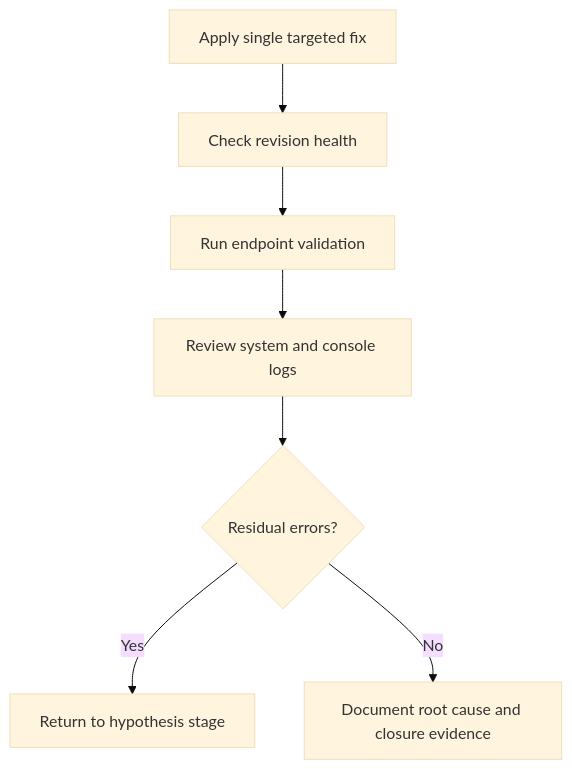
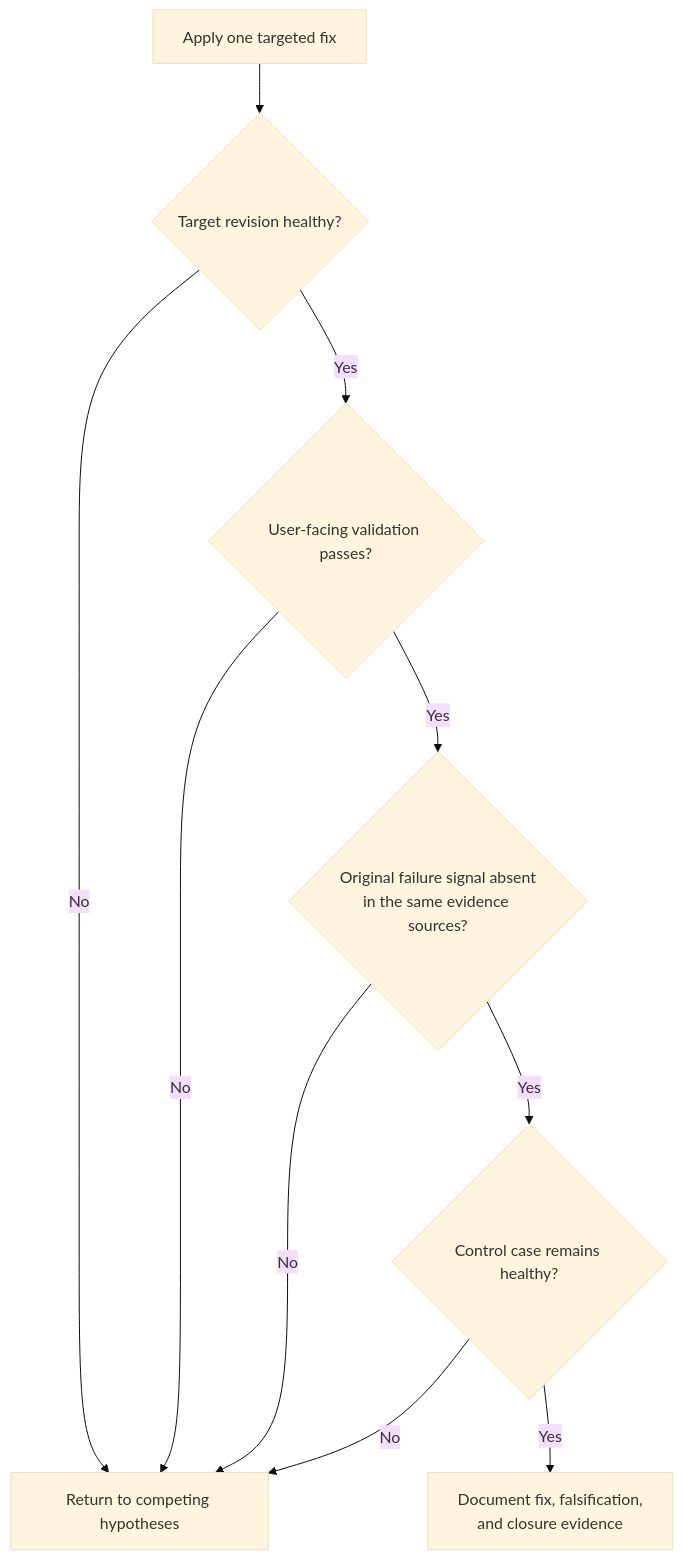
Before and after one commit to yeongseon/azure-container-apps-practical-guide: the second of 2 diagrams in docs/troubleshooting/methodology/index.md, drawn with Mermaid (base theme). The commit also changed other lines of this file and 13 other files, not shown here.

Commit message:
docs(diagrams): migrate the Container Apps troubleshooting overview diagrams (#616)

````diff
--- a/docs/troubleshooting/methodology/index.md
+++ b/docs/troubleshooting/methodology/index.md
@@ -204,9 +270,20 @@
 ```mermaid
 flowchart TD
-    A[Apply single targeted fix] --> B[Check revision health]
-    B --> C[Run endpoint validation]
-    C --> D[Review system and console logs]
-    D --> E{Residual errors?}
-    E -->|Yes| F[Return to hypothesis stage]
-    E -->|No| G[Document root cause and closure evidence]
+    FIX[Apply one targeted fix]
+    REVISION{Target revision healthy?}
+    ENDPOINT{User-facing validation passes?}
+    SIGNALS{Original failure signal absent<br/>in the same evidence sources?}
+    CONTROL{Control case remains healthy?}
+    RETURN[Return to competing hypotheses]
+    CLOSE[Document fix, falsification,<br/>and closure evidence]
+
+    FIX --> REVISION
+    REVISION -->|No| RETURN
+    REVISION -->|Yes| ENDPOINT
+    ENDPOINT -->|No| RETURN
+    ENDPOINT -->|Yes| SIGNALS
+    SIGNALS -->|No| RETURN
+    SIGNALS -->|Yes| CONTROL
+    CONTROL -->|No| RETURN
+    CONTROL -->|Yes| CLOSE
 ```
````
